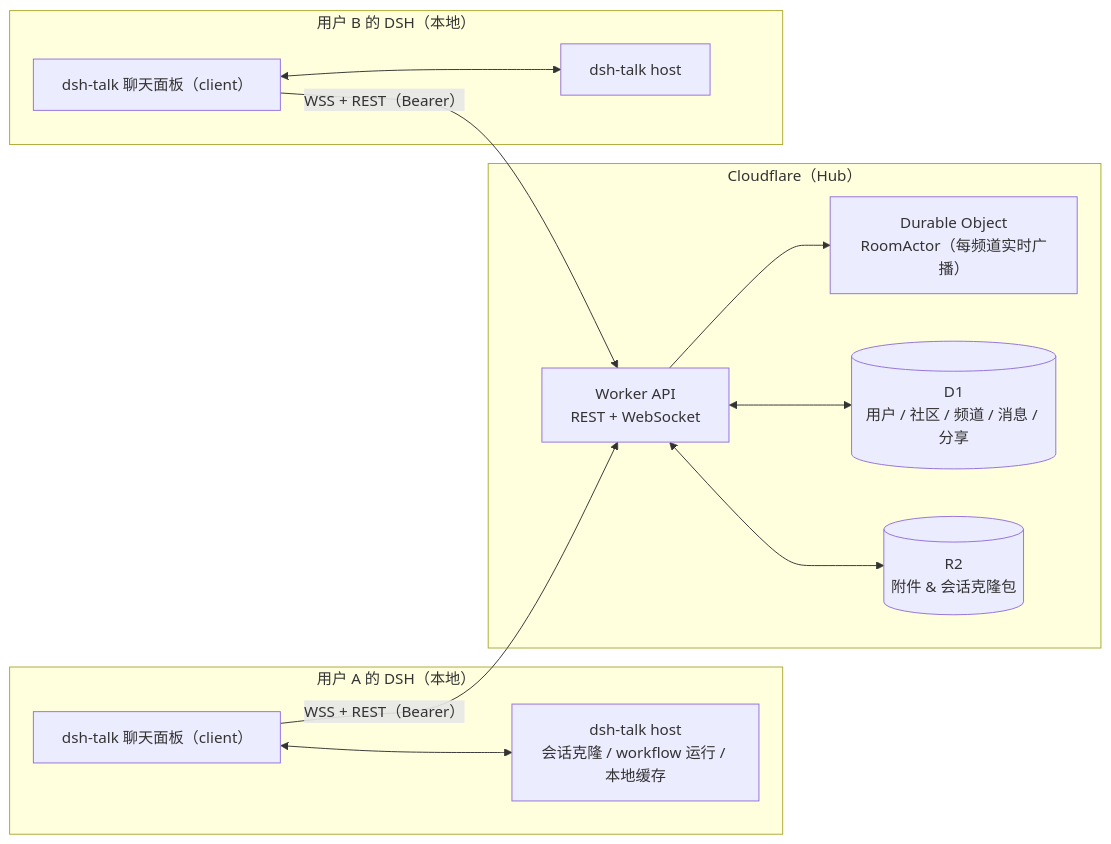
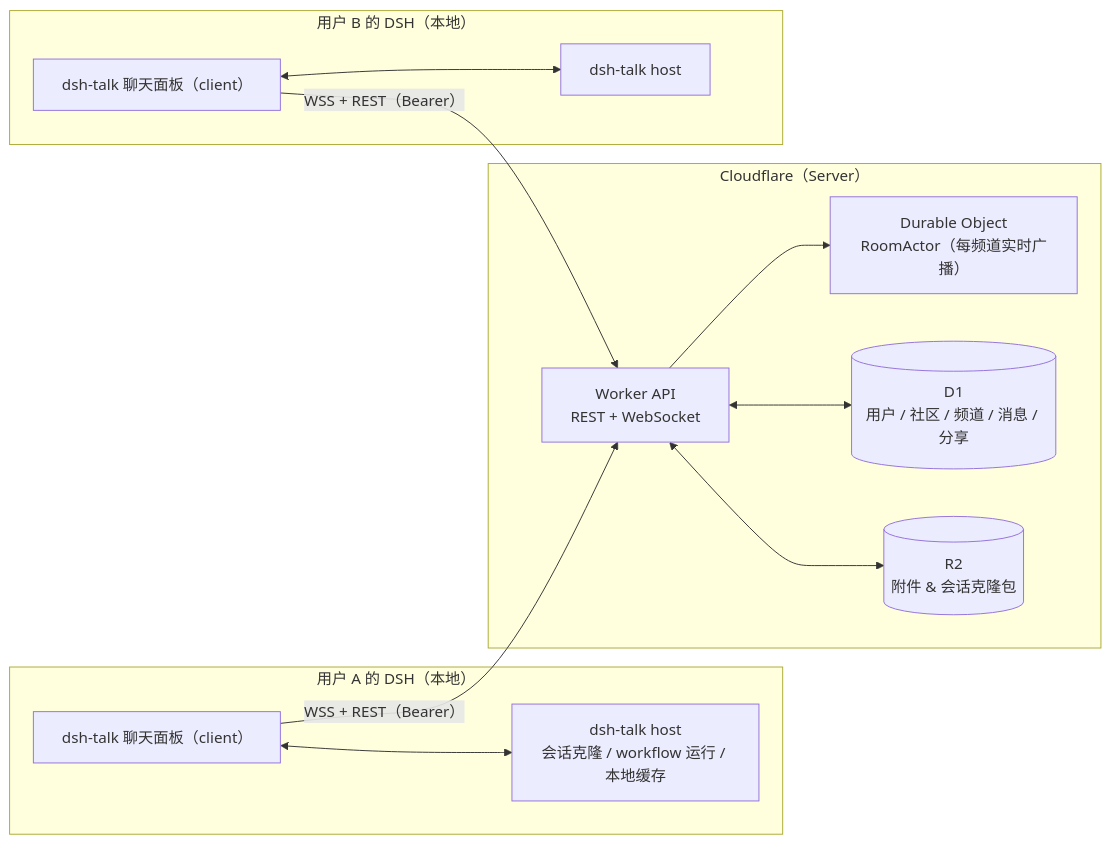
The diagram in README.md (seolhw/dsh-hello-plugin), drawn with Mermaid before and after one commit. The commit also changed other lines of this file and 22 other files, not shown here.

````diff
--- a/README.md
+++ b/README.md
@@ -27,24 +27,24 @@
 ```mermaid
 flowchart LR
     subgraph A["用户 A 的 DSH（本地）"]
         UI["dsh-talk 聊天面板（client）"]
         HOST["dsh-talk host<br/>会话克隆 / workflow 运行 / 本地缓存"]
         UI <--> HOST
     end
-    subgraph C["Cloudflare（Hub）"]
+    subgraph C["Cloudflare（Server）"]
         API["Worker API<br/>REST + WebSocket"]
         DO["Durable Object<br/>RoomActor（每频道实时广播）"]
         D1[("D1<br/>用户 / 社区 / 频道 / 消息 / 分享")]
         R2[("R2<br/>附件 & 会话克隆包")]
         API --> DO
         API <--> D1
         API <--> R2
     end
     subgraph B["用户 B 的 DSH（本地）"]
         UI2["dsh-talk 聊天面板（client）"]
         HOST2["dsh-talk host"]
         UI2 <--> HOST2
     end
     UI -- "WSS + REST（Bearer）" --> API
     UI2 -- "WSS + REST（Bearer）" --> API
 ```
````
